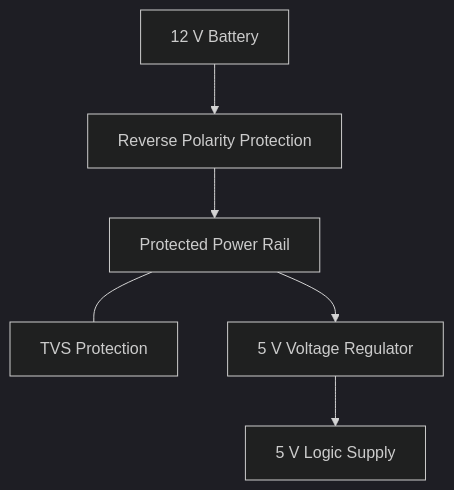
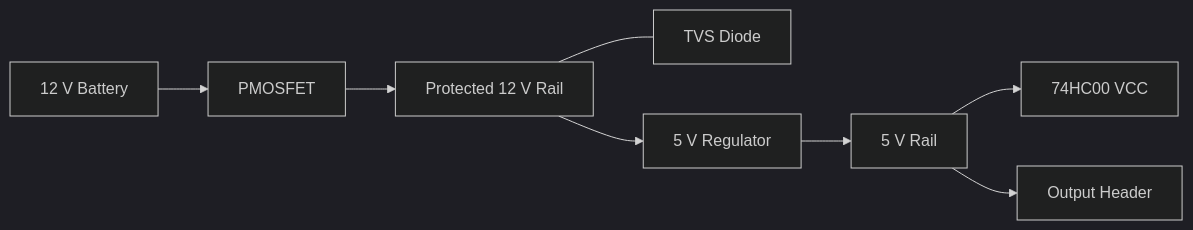
One commit to navsidhu07/TSSI-Safety-PCB changed the first of 2 diagrams in README.md. Above: the diagram before and after it, drawn with Mermaid (dark theme). The commit also changed other lines of this file, not shown here.

First line of the commit message:
Revise system architecture and clean up README

````diff
--- a/README.md
+++ b/README.md
@@ -33,8 +38,10 @@
 ```mermaid
-flowchart TD
-    A[12 V Battery] --> B[Reverse Polarity Protection]
-    B --> C[Protected Power Rail]
-    C --- D[TVS Protection]
-    C --> E[5 V Voltage Regulator]
-    E --> F[5 V Logic Supply]
+flowchart LR
+    A[12 V Battery] --> B[PMOSFET]
+    B --> C[Protected 12 V Rail]
+    C --- D[TVS Diode]
+    C --> E[5 V Regulator]
+    E --> F[5 V Rail]
+    F --> G[74HC00 VCC]
+    F --> H[Output Header]
 ```
````
